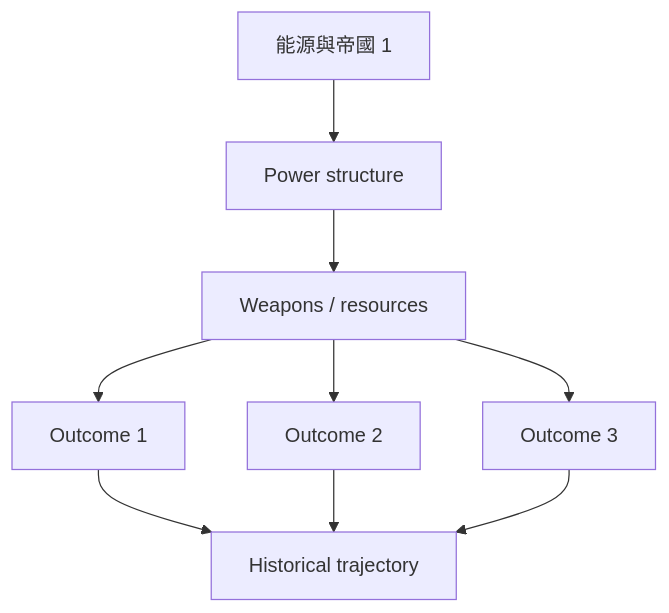
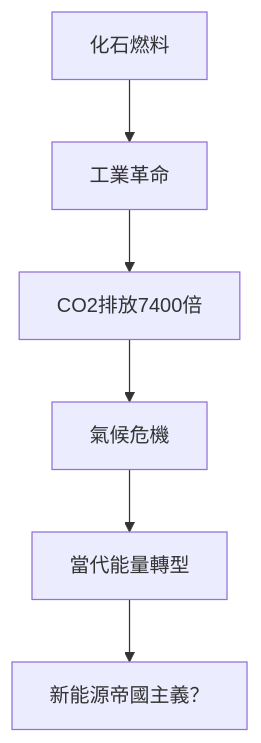
The fifth of 10 diagrams in 02_Harvard_Courses/Fall_Courses/Hist76_History_of_Energy.md (yip-lgtm/HKU-Harvard-History-Self-Study), drawn with Mermaid before and after one commit. The commit also changed other lines of this file and 15 other files, not shown here.

````diff
--- a/02_Harvard_Courses/Fall_Courses/Hist76_History_of_Energy.md
+++ b/02_Harvard_Courses/Fall_Courses/Hist76_History_of_Energy.md
@@ -267,11 +193,8 @@
 ```mermaid
 graph TD
-    A[能源與帝國 1] --> B[Power structure]
-    B --> C[Weapons / resources]
-    C --> D[Outcome 1]
-    C --> E[Outcome 2]
-    C --> F[Outcome 3]
-    D --> G[Historical trajectory]
-    E --> G
-    F --> G
+    A[化石燃料] --> B[工業革命]
+    B --> C[CO2排放7400倍]
+    C --> D[氣候危機]
+    D --> E[當代能量轉型]
+    E --> F[新能源帝國主義？]
 ```
````
